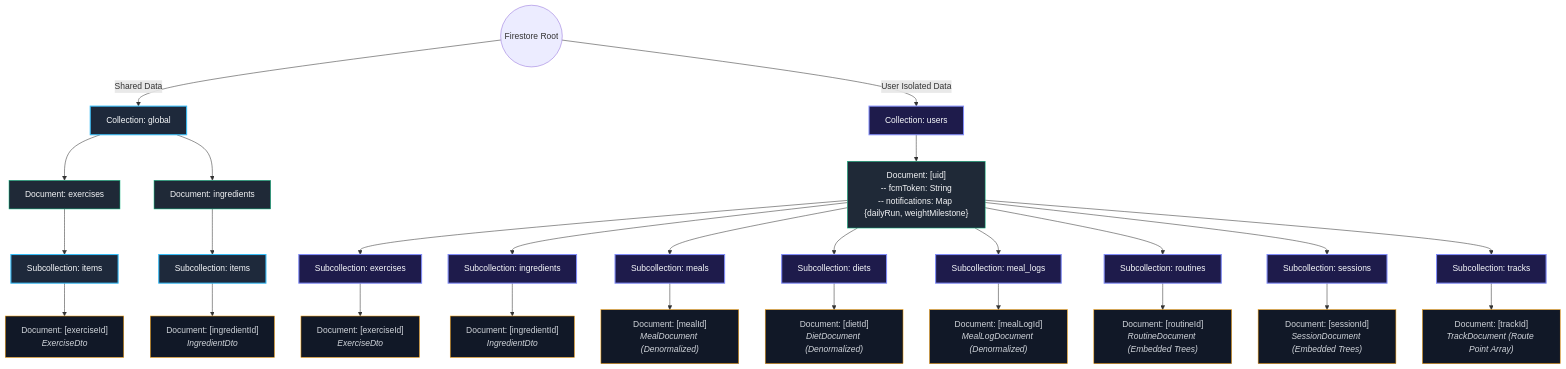
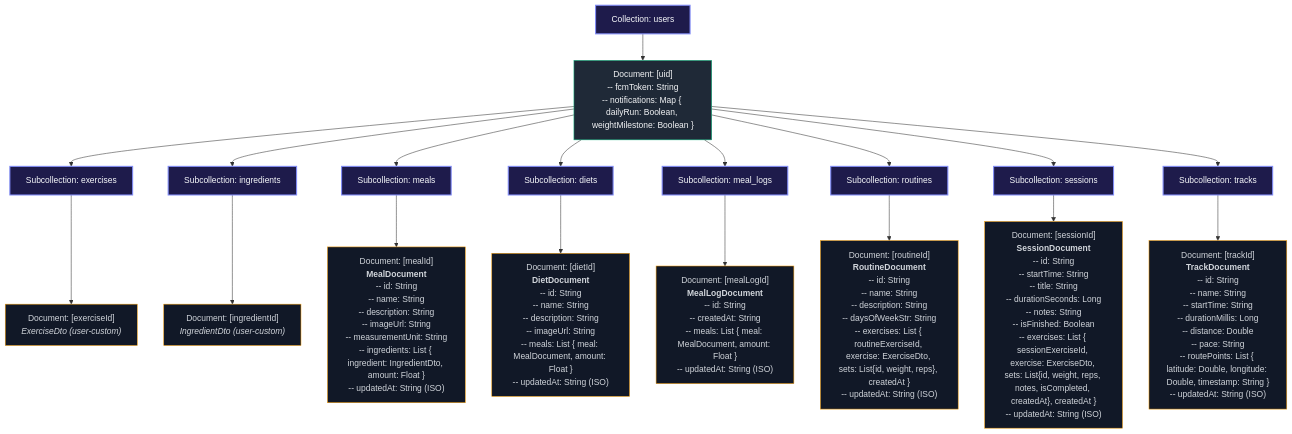
Before and after one commit to Erkko68/MinimalFit: the sixth of 6 diagrams in ARCHITECTURE_NOTES.md, drawn with Mermaid. The commit also changed other lines of this file, not shown here.

Commit message:
docs: expand architecture notes with detailed domain entity diagrams and Firestore structure definitions

````diff
--- a/ARCHITECTURE_NOTES.md
+++ b/ARCHITECTURE_NOTES.md
@@ -192,49 +418,37 @@
 ```mermaid
 graph TD
-    classDef globalStyle fill:#1e293b,stroke:#38bdf8,stroke-width:2px,color:#f8fafc;
     classDef userStyle fill:#1e1b4b,stroke:#818cf8,stroke-width:2px,color:#f8fafc;
     classDef docStyle fill:#1f2937,stroke:#10b981,stroke-width:1px,color:#f3f4f6;
     classDef schemaStyle fill:#111827,stroke:#f59e0b,stroke-width:1px,color:#d1d5db;
 
-    ROOT((Firestore Root))
-    
-    %% --- GLOBAL BRANCH ---
-    ROOT -->|Shared Data| GLOBAL[Collection: global]:::globalStyle
-    
-    GLOBAL --> G_EX[Document: exercises]:::docStyle
-    G_EX --> G_EX_ITEMS[Subcollection: items]:::globalStyle
-    G_EX_ITEMS --> G_EX_DOC["Document: [exerciseId]<br/><i>ExerciseDto</i>"]:::schemaStyle
-    
-    GLOBAL --> G_ING[Document: ingredients]:::docStyle
-    G_ING --> G_ING_ITEMS[Subcollection: items]:::globalStyle
-    G_ING_ITEMS --> G_ING_DOC["Document: [ingredientId]<br/><i>IngredientDto</i>"]:::schemaStyle
+    USERS[Collection: users]:::userStyle
+    USERS --> USER_DOC["Document: [uid]<br/>-- fcmToken: String<br/>-- notifications: Map { dailyRun: Boolean, weightMilestone: Boolean }"]:::docStyle
 
-    %% --- USER BRANCH ---
-    ROOT -->|User Isolated Data| USERS[Collection: users]:::userStyle
-    USERS --> USER_DOC["Document: [uid]<br/>-- fcmToken: String<br/>-- notifications: Map {dailyRun, weightMilestone}"]:::docStyle
-
-    %% User Subcollections
+    %% Custom lookup catalog
     USER_DOC --> U_EX[Subcollection: exercises]:::userStyle
-    U_EX --> U_EX_DOC["Document: [exerciseId]<br/><i>ExerciseDto</i>"]:::schemaStyle
+    U_EX --> U_EX_DOC["Document: [exerciseId]<br/><i>ExerciseDto (user-custom)</i>"]:::schemaStyle
 
     USER_DOC --> U_ING[Subcollection: ingredients]:::userStyle
-    U_ING --> U_ING_DOC["Document: [ingredientId]<br/><i>IngredientDto</i>"]:::schemaStyle
+    U_ING --> U_ING_DOC["Document: [ingredientId]<br/><i>IngredientDto (user-custom)</i>"]:::schemaStyle
 
+    %% Food Domain (Flattened / Denormalized)
     USER_DOC --> U_MEALS[Subcollection: meals]:::userStyle
-    U_MEALS --> U_MEAL_DOC["Document: [mealId]<br/><i>MealDocument (Denormalized)</i>"]:::schemaStyle
+    U_MEALS --> U_MEAL_DOC["Document: [mealId]<br/><b>MealDocument</b><br/>-- id: String<br/>-- name: String<br/>-- description: String<br/>-- imageUrl: String<br/>-- measurementUnit: String<br/>-- ingredients: List { ingredient: IngredientDto, amount: Float }<br/>-- updatedAt: String (ISO)"]:::schemaStyle
 
     USER_DOC --> U_DIETS[Subcollection: diets]:::userStyle
-    U_DIETS --> U_DIET_DOC["Document: [dietId]<br/><i>DietDocument (Denormalized)</i>"]:::schemaStyle
+    U_DIETS --> U_DIET_DOC["Document: [dietId]<br/><b>DietDocument</b><br/>-- id: String<br/>-- name: String<br/>-- description: String<br/>-- imageUrl: String<br/>-- meals: List { meal: MealDocument, amount: Float }<br/>-- updatedAt: String (ISO)"]:::schemaStyle
 
     USER_DOC --> U_LOGS[Subcollection: meal_logs]:::userStyle
-    U_LOGS --> U_LOG_DOC["Document: [mealLogId]<br/><i>MealLogDocument (Denormalized)</i>"]:::schemaStyle
+    U_LOGS --> U_LOG_DOC["Document: [mealLogId]<br/><b>MealLogDocument</b><br/>-- id: String<br/>-- createdAt: String<br/>-- meals: List { meal: MealDocument, amount: Float }<br/>-- updatedAt: String (ISO)"]:::schemaStyle
 
+    %% Gym Domain (Nested trees)
     USER_DOC --> U_ROUTINES[Subcollection: routines]:::userStyle
-    U_ROUTINES --> U_ROUTINE_DOC["Document: [routineId]<br/><i>RoutineDocument (Embedded Trees)</i>"]:::schemaStyle
+    U_ROUTINES --> U_ROUTINE_DOC["Document: [routineId]<br/><b>RoutineDocument</b><br/>-- id: String<br/>-- name: String<br/>-- description: String<br/>-- daysOfWeekStr: String<br/>-- exercises: List { routineExerciseId, exercise: ExerciseDto, sets: List{id, weight, reps}, createdAt }<br/>-- updatedAt: String (ISO)"]:::schemaStyle
 
     USER_DOC --> U_SESSIONS[Subcollection: sessions]:::userStyle
-    U_SESSIONS --> U_SESSION_DOC["Document: [sessionId]<br/><i>SessionDocument (Embedded Trees)</i>"]:::schemaStyle
+    U_SESSIONS --> U_SESSION_DOC["Document: [sessionId]<br/><b>SessionDocument</b><br/>-- id: String<br/>-- startTime: String<br/>-- title: String<br/>-- durationSeconds: Long<br/>-- notes: String<br/>-- isFinished: Boolean<br/>-- exercises: List { sessionExerciseId, exercise: ExerciseDto, sets: List{id, weight, reps, notes, isCompleted, createdAt}, createdAt }<br/>-- updatedAt: String (ISO)"]:::schemaStyle
 
+    %% Tracks
     USER_DOC --> U_TRACKS[Subcollection: tracks]:::userStyle
-    U_TRACKS --> U_TRACK_DOC["Document: [trackId]<br/><i>TrackDocument (Route Point Array)</i>"]:::schemaStyle
+    U_TRACKS --> U_TRACK_DOC["Document: [trackId]<br/><b>TrackDocument</b><br/>-- id: String<br/>-- name: String<br/>-- startTime: String<br/>-- durationMillis: Long<br/>-- distance: Double<br/>-- pace: String<br/>-- routePoints: List { latitude: Double, longitude: Double, timestamp: String }<br/>-- updatedAt: String (ISO)"]:::schemaStyle
 ```
````
